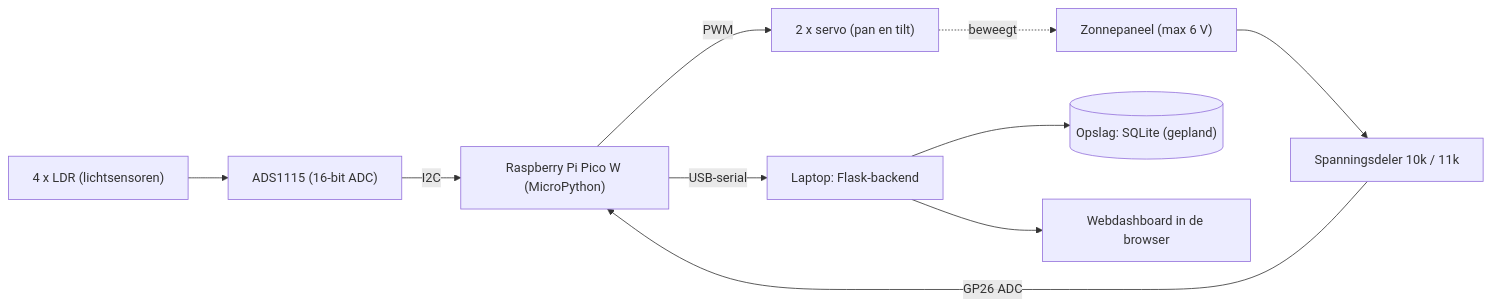
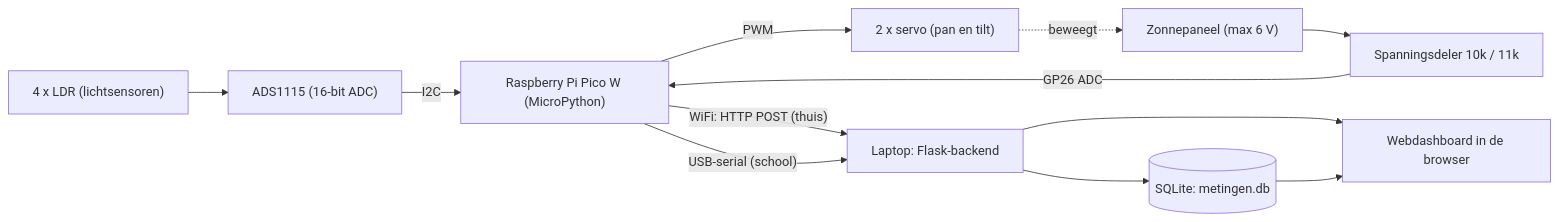
Before and after one commit to Matteo757/SmartSolarPanel: the diagram in README.md, drawn with Mermaid. The commit also changed other lines of this file, not shown here.

````diff
--- a/README.md
+++ b/README.md
@@ -45,12 +46,14 @@
 ```mermaid
 flowchart LR
     LDR["4 x LDR (lichtsensoren)"] --> ADS["ADS1115 (16-bit ADC)"]
     ADS -->|"I2C"| PICO["Raspberry Pi Pico W (MicroPython)"]
     PAN["Zonnepaneel (max 6 V)"] --> DEL["Spanningsdeler 10k / 11k"]
     DEL -->|"GP26 ADC"| PICO
     PICO -->|"PWM"| SERVO["2 x servo (pan en tilt)"]
     SERVO -. beweegt .-> PAN
-    PICO -->|"USB-serial"| LAP["Laptop: Flask-backend"]
-    LAP --> DB[("Opslag: SQLite (gepland)")]
-    LAP --> DASH["Webdashboard in de browser"]
+    PICO -->|"WiFi: HTTP POST (thuis)"| BACK["Laptop: Flask-backend"]
+    PICO -->|"USB-serial (school)"| BACK
+    BACK --> DB[("SQLite: metingen.db")]
+    BACK --> DASH["Webdashboard in de browser"]
+    DB --> DASH
 ```
````
